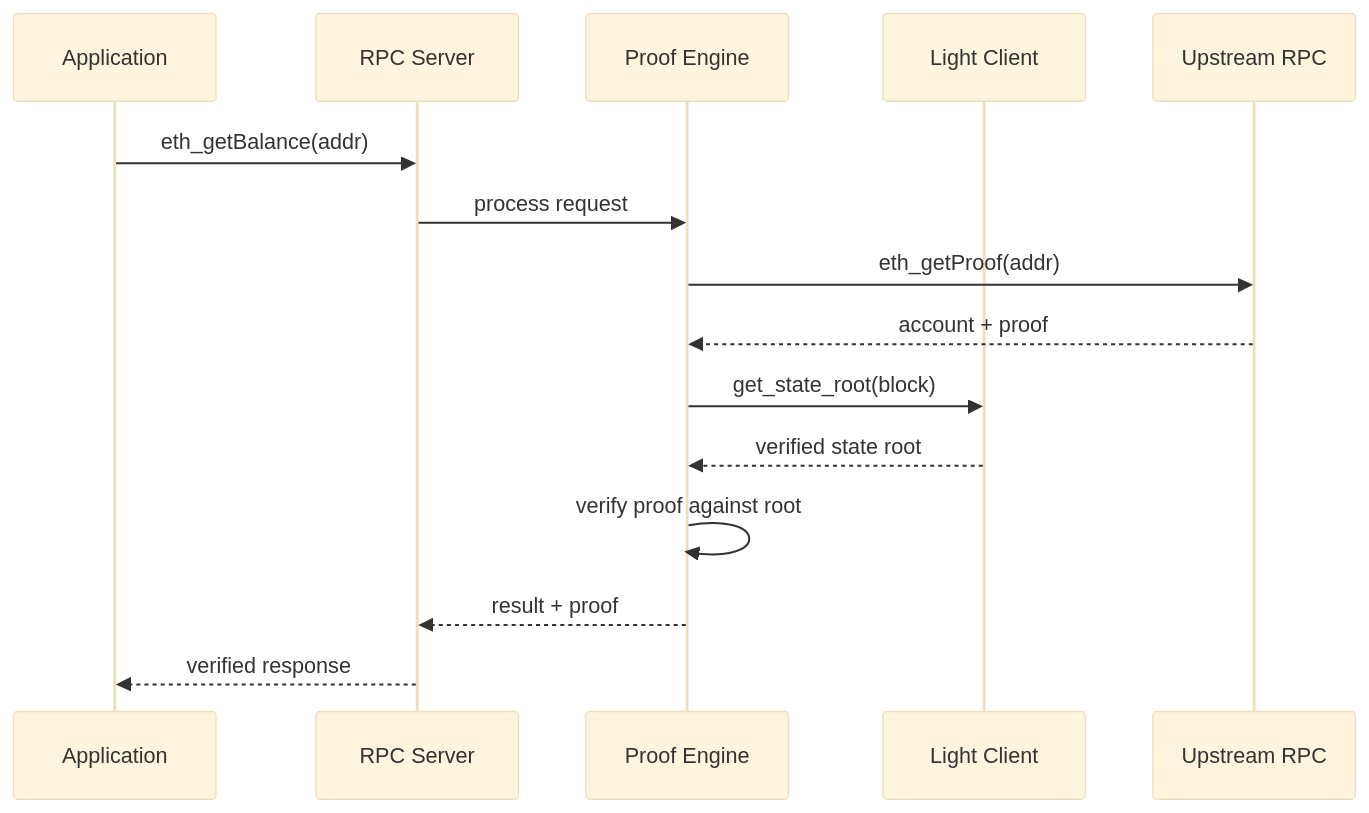
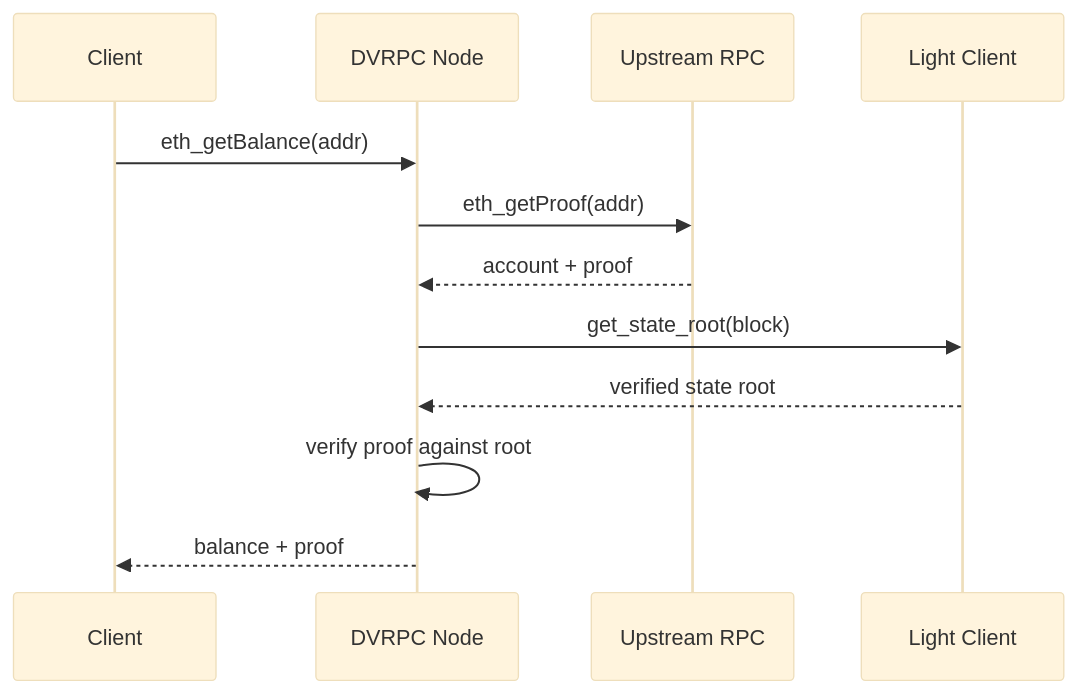
One commit to dvrpc-eth/dvrpc-docs changed the second of 6 diagrams in diagrams/architecture.md. Above: the diagram before and after it, drawn with Mermaid (base theme). The commit also changed other lines of this file and 7 other files, not shown here.

````diff
--- a/diagrams/architecture.md
+++ b/diagrams/architecture.md
@@ -37,18 +45,15 @@
 ```mermaid
 sequenceDiagram
-    participant App as Application
-    participant RPC as RPC Server
-    participant PE as Proof Engine
+    participant Client
+    participant DVRPC as DVRPC Node
+    participant Upstream as Upstream RPC
     participant LC as Light Client
-    participant Up as Upstream RPC
 
-    App->>RPC: eth_getBalance(addr)
-    RPC->>PE: process request
-    PE->>Up: eth_getProof(addr)
-    Up-->>PE: account + proof
-    PE->>LC: get_state_root(block)
-    LC-->>PE: verified state root
-    PE->>PE: verify proof against root
-    PE-->>RPC: result + proof
-    RPC-->>App: verified response
+    Client->>DVRPC: eth_getBalance(addr)
+    DVRPC->>Upstream: eth_getProof(addr)
+    Upstream-->>DVRPC: account + proof
+    DVRPC->>LC: get_state_root(block)
+    LC-->>DVRPC: verified state root
+    DVRPC->>DVRPC: verify proof against root
+    DVRPC-->>Client: balance + proof
 ```
````
